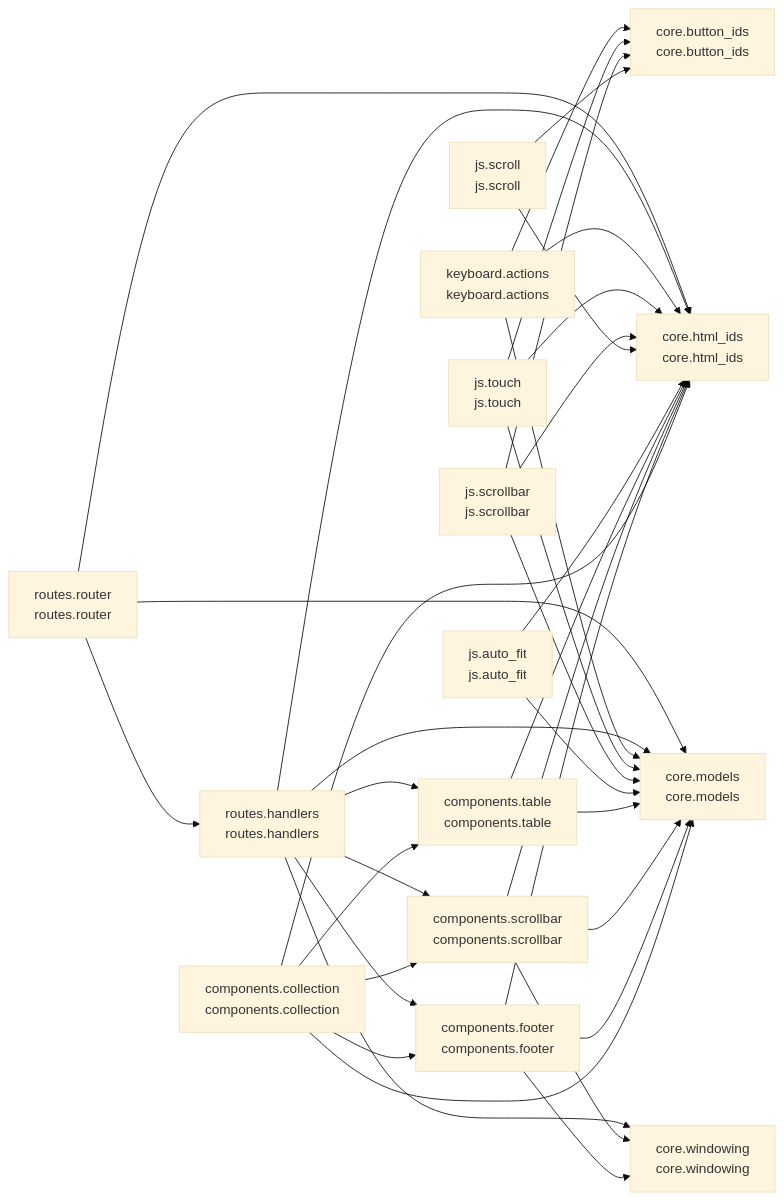
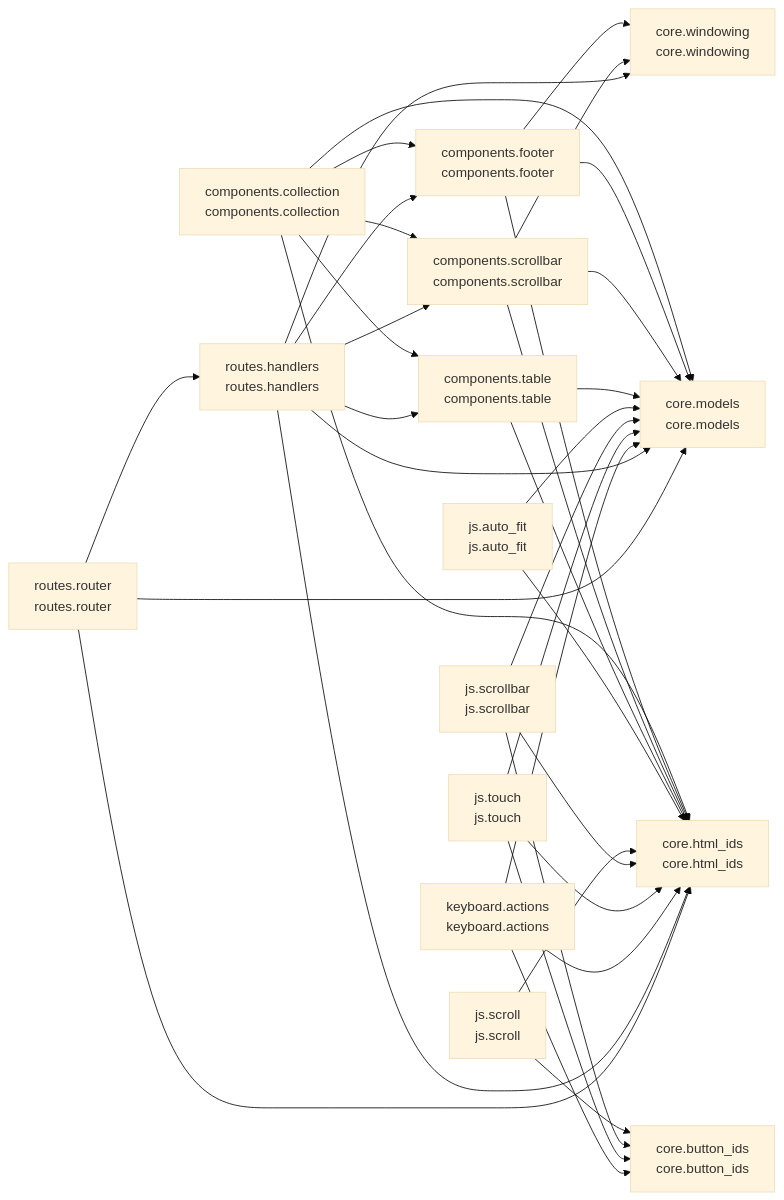
The diagram in README.md (cj-mills/cjm-fasthtml-virtual-collection), drawn with Mermaid (base theme) before and after one commit. The commit also changed other lines of this file and 4 other files, not shown here.

````diff
--- a/README.md
+++ b/README.md
@@ -40,54 +40,54 @@
 ``` mermaid
 graph LR
     components_collection[components.collection<br/>components.collection]
     components_footer[components.footer<br/>components.footer]
     components_scrollbar[components.scrollbar<br/>components.scrollbar]
     components_table[components.table<br/>components.table]
     core_button_ids[core.button_ids<br/>core.button_ids]
     core_html_ids[core.html_ids<br/>core.html_ids]
     core_models[core.models<br/>core.models]
     core_windowing[core.windowing<br/>core.windowing]
     js_auto_fit[js.auto_fit<br/>js.auto_fit]
     js_scroll[js.scroll<br/>js.scroll]
     js_scrollbar[js.scrollbar<br/>js.scrollbar]
     js_touch[js.touch<br/>js.touch]
     keyboard_actions[keyboard.actions<br/>keyboard.actions]
     routes_handlers[routes.handlers<br/>routes.handlers]
     routes_router[routes.router<br/>routes.router]
 
+    components_collection --> components_scrollbar
+    components_collection --> core_models
+    components_collection --> components_footer
     components_collection --> components_table
-    components_collection --> components_footer
     components_collection --> core_html_ids
-    components_collection --> core_models
-    components_collection --> components_scrollbar
+    components_footer --> core_html_ids
     components_footer --> core_windowing
-    components_footer --> core_html_ids
     components_footer --> core_models
+    components_scrollbar --> core_windowing
+    components_scrollbar --> core_models
     components_scrollbar --> core_html_ids
-    components_scrollbar --> core_models
-    components_scrollbar --> core_windowing
+    components_table --> core_models
     components_table --> core_html_ids
-    components_table --> core_models
+    js_auto_fit --> core_models
     js_auto_fit --> core_html_ids
-    js_auto_fit --> core_models
+    js_scroll --> core_html_ids
     js_scroll --> core_button_ids
-    js_scroll --> core_html_ids
+    js_scrollbar --> core_html_ids
     js_scrollbar --> core_button_ids
-    js_scrollbar --> core_html_ids
     js_scrollbar --> core_models
+    js_touch --> core_html_ids
     js_touch --> core_button_ids
-    js_touch --> core_html_ids
     js_touch --> core_models
+    keyboard_actions --> core_html_ids
     keyboard_actions --> core_button_ids
-    keyboard_actions --> core_html_ids
     keyboard_actions --> core_models
+    routes_handlers --> components_scrollbar
+    routes_handlers --> core_models
     routes_handlers --> components_table
     routes_handlers --> core_windowing
     routes_handlers --> components_footer
     routes_handlers --> core_html_ids
-    routes_handlers --> core_models
-    routes_handlers --> components_scrollbar
     routes_router --> routes_handlers
+    routes_router --> core_models
     routes_router --> core_html_ids
-    routes_router --> core_models
 ```
````
